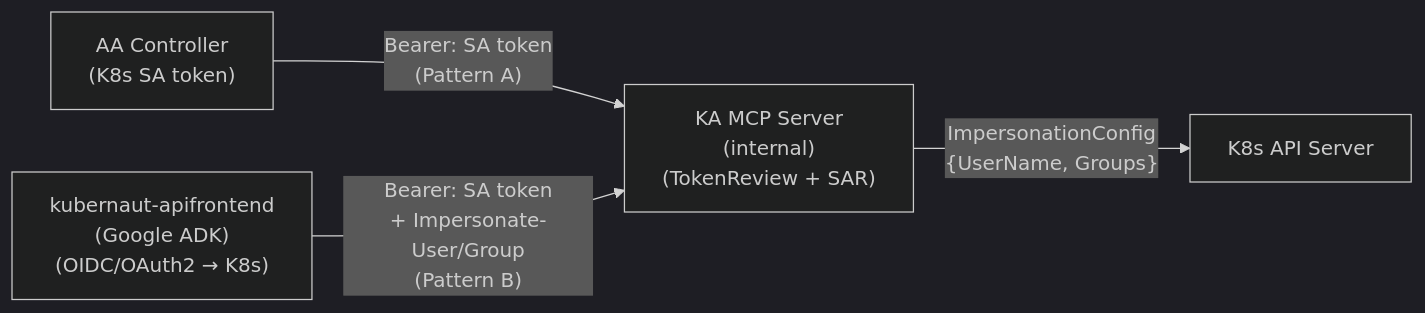
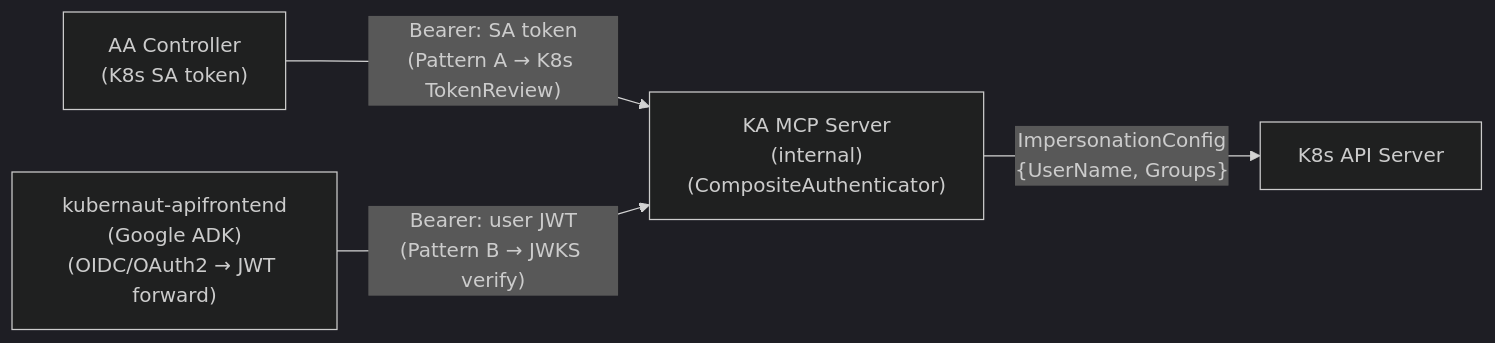
The diagram in docs/architecture/decisions/DD-AUTH-MCP-001-mcp-endpoint-security.md (jordigilh/kubernaut), drawn with Mermaid (dark theme) before and after one commit. The commit also changed other lines of this file and 1 other file, not shown here.

First line of the commit message:
docs(auth): update DD-AUTH-MCP-001 v2.0 + add #1009 test plan

````diff
--- a/docs/architecture/decisions/DD-AUTH-MCP-001-mcp-endpoint-security.md
+++ b/docs/architecture/decisions/DD-AUTH-MCP-001-mcp-endpoint-security.md
@@ -105,11 +126,11 @@
 ```mermaid
 flowchart LR
     AA["AA Controller\n(K8s SA token)"]
-    APF["kubernaut-apifrontend\n(Google ADK)\n(OIDC/OAuth2 → K8s)"]
-    KA["KA MCP Server\n(internal)\n(TokenReview + SAR)"]
+    APF["kubernaut-apifrontend\n(Google ADK)\n(OIDC/OAuth2 → JWT forward)"]
+    KA["KA MCP Server\n(internal)\n(CompositeAuthenticator)"]
     K8S["K8s API Server"]
 
-    AA -->|"Bearer: SA token\n(Pattern A)"| KA
-    APF -->|"Bearer: SA token\n+ Impersonate-User/Group\n(Pattern B)"| KA
+    AA -->|"Bearer: SA token\n(Pattern A → K8s TokenReview)"| KA
+    APF -->|"Bearer: user JWT\n(Pattern B → JWKS verify)"| KA
     KA -->|"ImpersonationConfig\n{UserName, Groups}"| K8S
 ```
````
